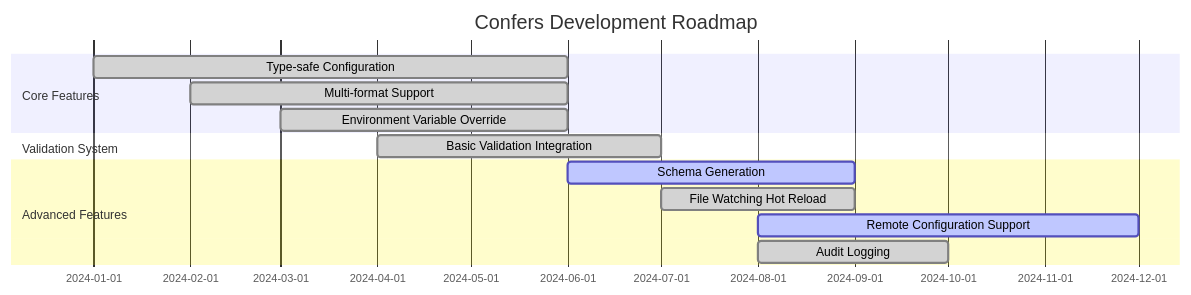
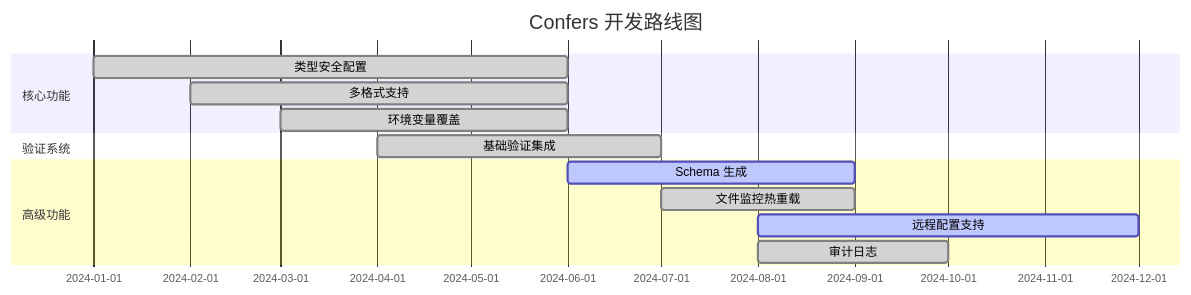
One commit to Kirky-X/confers changed the third of 3 diagrams in README.md. Above: the diagram before and after it, drawn with Mermaid. The commit also changed other lines of this file and 2 other files, not shown here.

````diff
--- a/README.md
+++ b/README.md
@@ -1008,16 +940,16 @@
 ```mermaid
 gantt
-    title Confers Development Roadmap
+    title Confers 开发路线图
     dateFormat  YYYY-MM
-    section Core Features
-    Type-safe Configuration     :done, 2024-01, 2024-06
-    Multi-format Support       :done, 2024-02, 2024-06
-    Environment Variable Override     :done, 2024-03, 2024-06
-    section Validation System
-    Basic Validation Integration     :done, 2024-04, 2024-07
-    section Advanced Features
-    Schema Generation      :active, 2024-06, 2024-09
-    File Watching Hot Reload   :done, 2024-07, 2024-09
-    Remote Configuration Support     :active, 2024-08, 2024-12
-    Audit Logging         :done, 2024-08, 2024-10
+    section 核心功能
+    类型安全配置     :done, 2024-01, 2024-06
+    多格式支持       :done, 2024-02, 2024-06
+    环境变量覆盖     :done, 2024-03, 2024-06
+    section 验证系统
+    基础验证集成     :done, 2024-04, 2024-07
+    section 高级功能
+    Schema 生成      :active, 2024-06, 2024-09
+    文件监控热重载   :done, 2024-07, 2024-09
+    远程配置支持     :active, 2024-08, 2024-12
+    审计日志         :done, 2024-08, 2024-10
 ```
````
